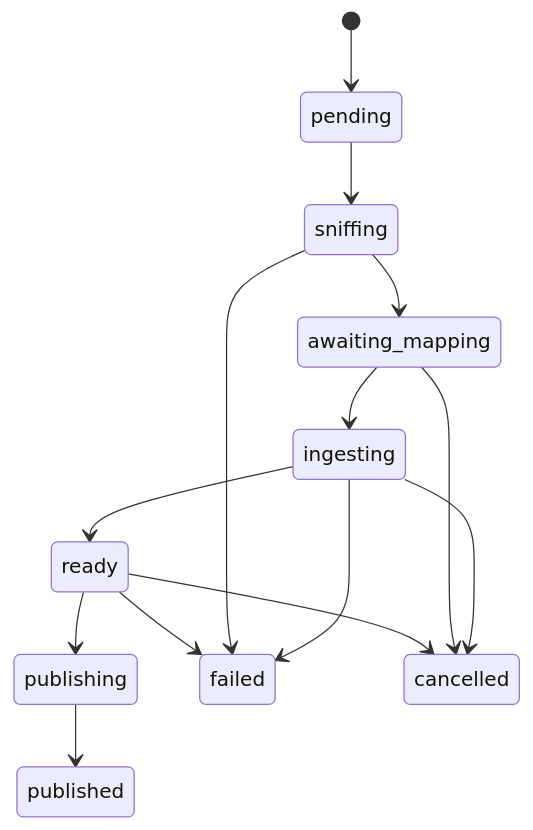
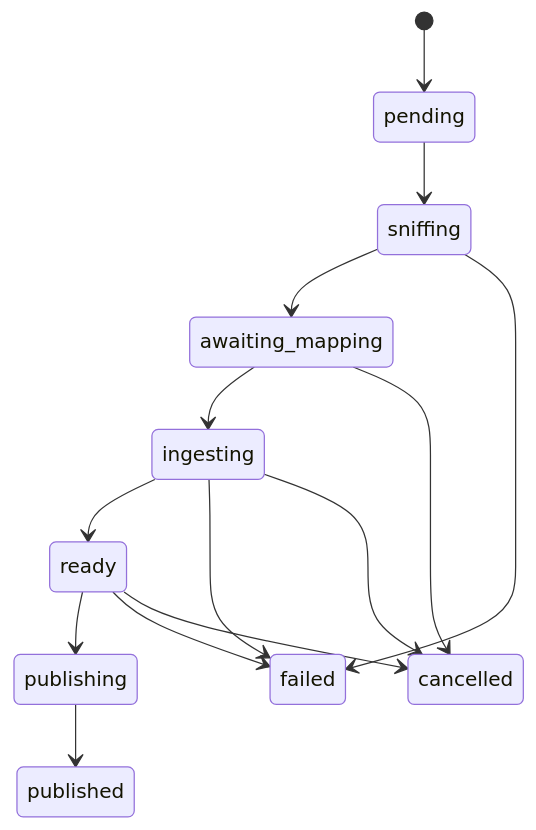
Before and after one commit to Pnex/pnex-rs: the third of 5 diagrams in docs/architecture/geo-layers.md, drawn with Mermaid. The commit also changed other lines of this file and 14 other files, not shown here.

First line of the commit message:
docs: rewrite external-apps and geo-layers in STE with diagrams

````diff
--- a/docs/architecture/geo-layers.md
+++ b/docs/architecture/geo-layers.md
@@ -164,16 +66,16 @@
 ```mermaid
 stateDiagram-v2
-    [*] --> pending
-    pending --> sniffing
-    sniffing --> awaiting_mapping
-    awaiting_mapping --> ingesting
-    ingesting --> ready
-    ready --> publishing
-    publishing --> published
-    ready --> failed
-    ready --> cancelled
-    sniffing --> failed
-    ingesting --> failed
-    awaiting_mapping --> cancelled
-    ingesting --> cancelled
+  [*] --> pending
+  pending --> sniffing
+  sniffing --> awaiting_mapping
+  awaiting_mapping --> ingesting
+  ingesting --> ready
+  ready --> publishing
+  publishing --> published
+  sniffing --> failed
+  ingesting --> failed
+  ready --> failed
+  awaiting_mapping --> cancelled
+  ingesting --> cancelled
+  ready --> cancelled
 ```
````
